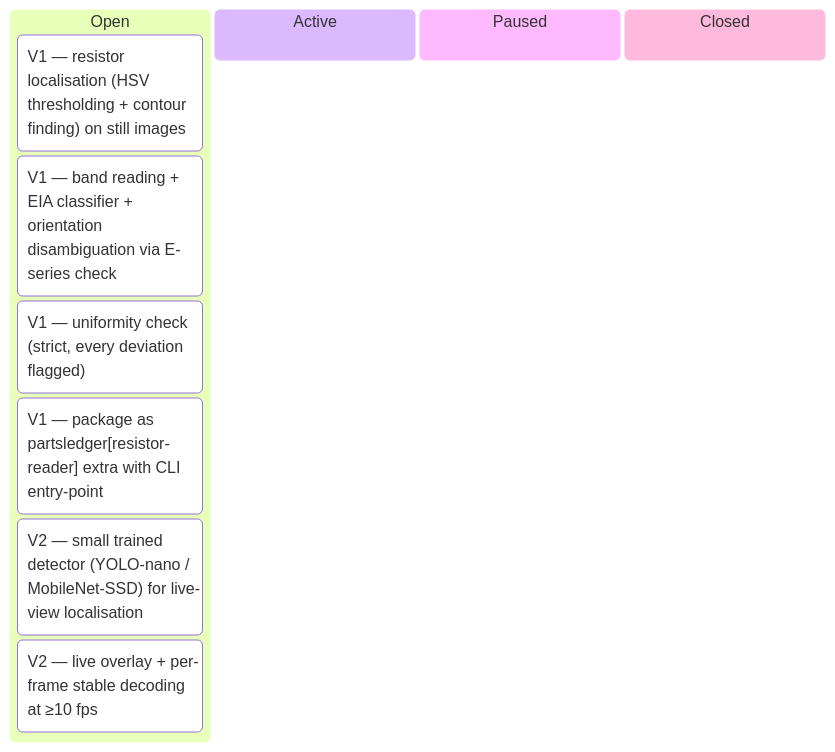
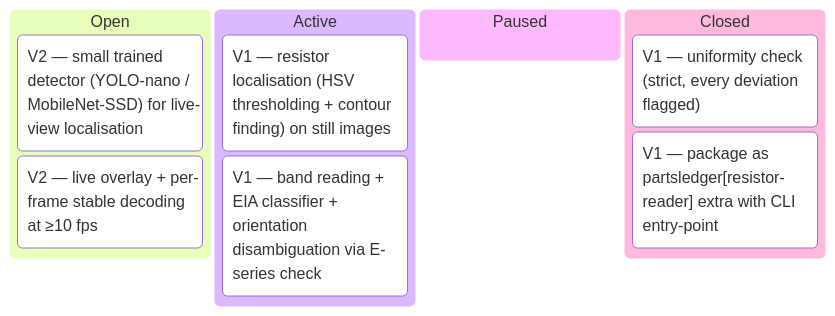
The third of 5 diagrams in docs/developers/tasks/KANBAN.md (tgd1975/PartsLedger), drawn with Mermaid before and after one commit. The commit also changed other lines of this file and 36 other files, not shown here.

First line of the commit message:
resistor-reader: V1 localise + decode + uniformity + CLI (EPIC-008)

````diff
--- a/docs/developers/tasks/KANBAN.md
+++ b/docs/developers/tasks/KANBAN.md
@@ -42,13 +42,13 @@
 ```mermaid
 kanban
   Open
-    TASK_051["V1 — resistor localisation (HSV thresholding + contour finding) on still images"]
-    TASK_052["V1 — band reading + EIA classifier + orientation disambiguation via E-series check"]
-    TASK_053["V1 — uniformity check (strict, every deviation flagged)"]
-    TASK_054["V1 — package as partsledger[resistor-reader] extra with CLI entry-point"]
     TASK_055["V2 — small trained detector (YOLO-nano / MobileNet-SSD) for live-view localisation"]
     TASK_056["V2 — live overlay + per-frame stable decoding at ≥10 fps"]
   Active
+    TASK_051["V1 — resistor localisation (HSV thresholding + contour finding) on still images"]
+    TASK_052["V1 — band reading + EIA classifier + orientation disambiguation via E-series check"]
   Paused
   Closed
+    TASK_053["V1 — uniformity check (strict, every deviation flagged)"]
+    TASK_054["V1 — package as partsledger[resistor-reader] extra with CLI entry-point"]
 ```
````
